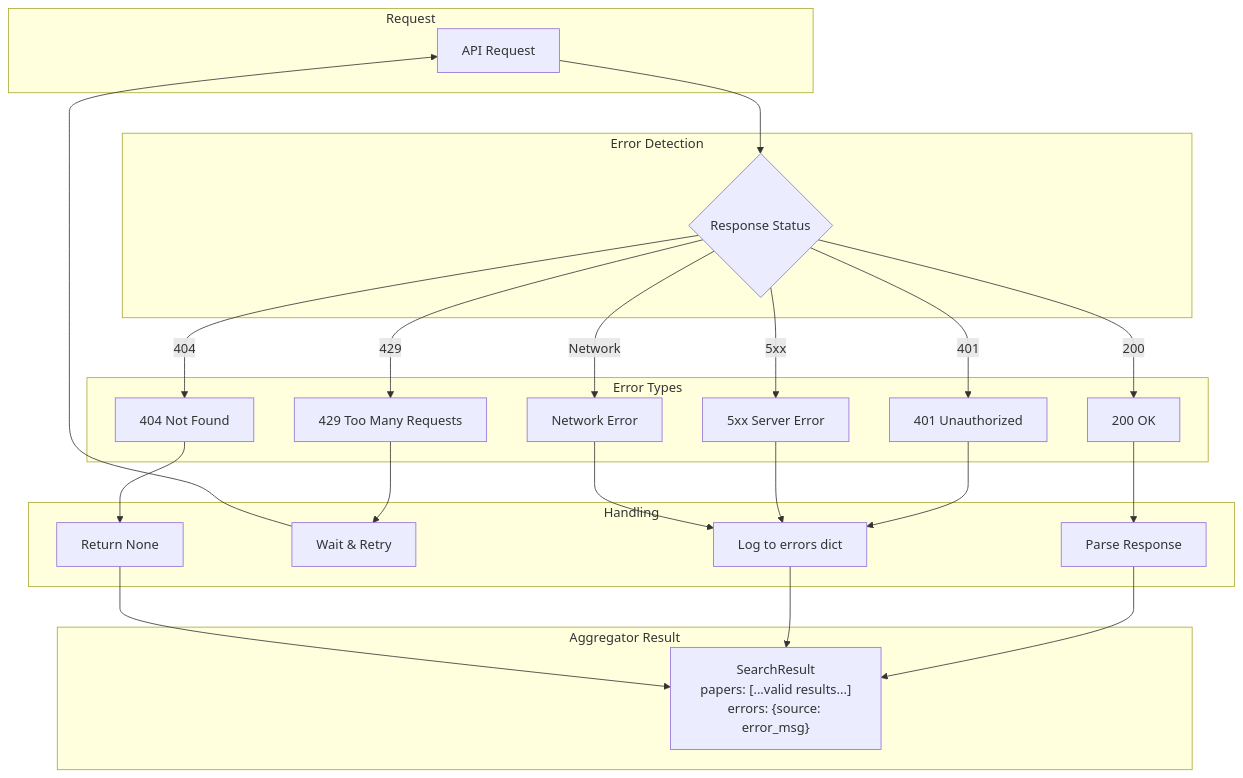
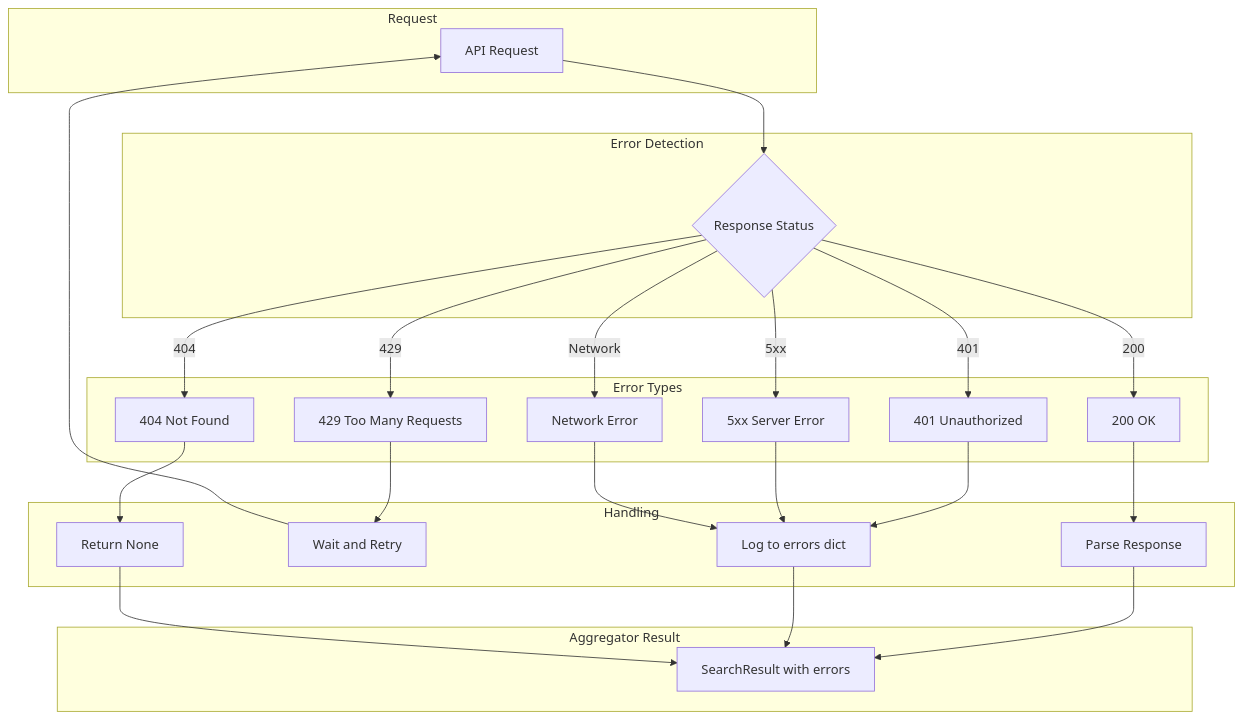
Diagram 14 of 15 in docs/ARCHITECTURE.md (SteadfastAsArt/paper-ladder), drawn with Mermaid before and after one commit. The commit also changed other lines of this file, not shown here.

Commit message:
Fix Mermaid syntax for GitHub compatibility

````diff
--- a/docs/ARCHITECTURE.md
+++ b/docs/ARCHITECTURE.md
@@ -750,42 +737,42 @@
 ```mermaid
 flowchart TB
-    subgraph "Request"
+    subgraph Request
         REQ[API Request]
     end
 
-    subgraph "Error Detection"
+    subgraph Check[Error Detection]
         CHK{Response Status}
     end
 
-    subgraph "Error Types"
+    subgraph Errors[Error Types]
         E200[200 OK]
         E429[429 Too Many Requests]
         E401[401 Unauthorized]
         E404[404 Not Found]
         E500[5xx Server Error]
         ENET[Network Error]
     end
 
-    subgraph "Handling"
+    subgraph Handle[Handling]
         PARSE[Parse Response]
-        RETRY[Wait & Retry]
+        RETRY[Wait and Retry]
         LOG_ERR[Log to errors dict]
         RETURN_NONE[Return None]
     end
 
-    subgraph "Aggregator Result"
-        SR["SearchResult<br/>papers: [...valid results...]<br/>errors: {source: error_msg}"]
+    subgraph Result[Aggregator Result]
+        SR[SearchResult with errors]
     end
 
     REQ --> CHK
     CHK -->|200| E200 --> PARSE
     CHK -->|429| E429 --> RETRY --> REQ
     CHK -->|401| E401 --> LOG_ERR
     CHK -->|404| E404 --> RETURN_NONE
     CHK -->|5xx| E500 --> LOG_ERR
     CHK -->|Network| ENET --> LOG_ERR
 
     PARSE --> SR
     LOG_ERR --> SR
     RETURN_NONE --> SR
 ```
````
